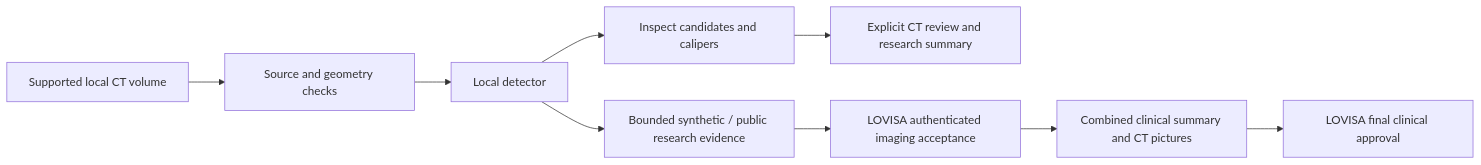
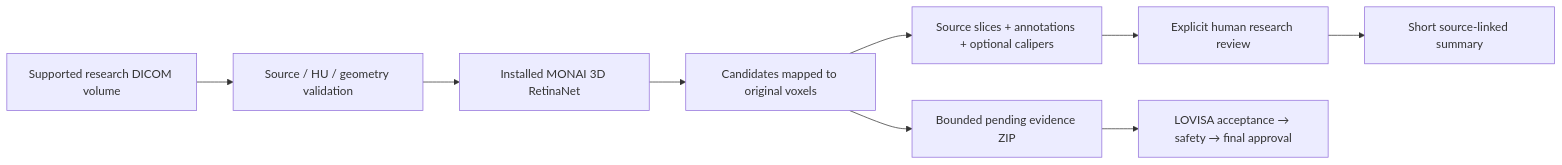
The diagram in README.md (LilyC2024/ai-medimg-2.5D-CT), drawn with Mermaid before and after one commit. The commit also changed other lines of this file and 40 other files, not shown here.

````diff
--- a/README.md
+++ b/README.md
@@ -32,11 +10,11 @@
 ```mermaid
 flowchart LR
-    CT[Supported local CT volume] --> Q[Source and geometry checks]
-    Q --> D[Local detector]
-    D --> V[Inspect candidates and calipers]
-    V --> R[Explicit CT review and research summary]
-    D --> B[Bounded synthetic / public research evidence]
-    B --> I[LOVISA authenticated imaging acceptance]
-    I --> A[Combined clinical summary and CT pictures]
-    A --> F[LOVISA final clinical approval]
+    CT[Supported research DICOM volume] --> G[Source / HU / geometry validation]
+    G --> M[Installed MONAI 3D RetinaNet]
+    M --> B[Candidates mapped to original voxels]
+    B --> V[Source slices + annotations + optional calipers]
+    V --> H[Explicit human research review]
+    H --> R[Short source-linked summary]
+    B --> Z[Bounded pending evidence ZIP]
+    Z --> L[LOVISA acceptance → safety → final approval]
 ```
````
